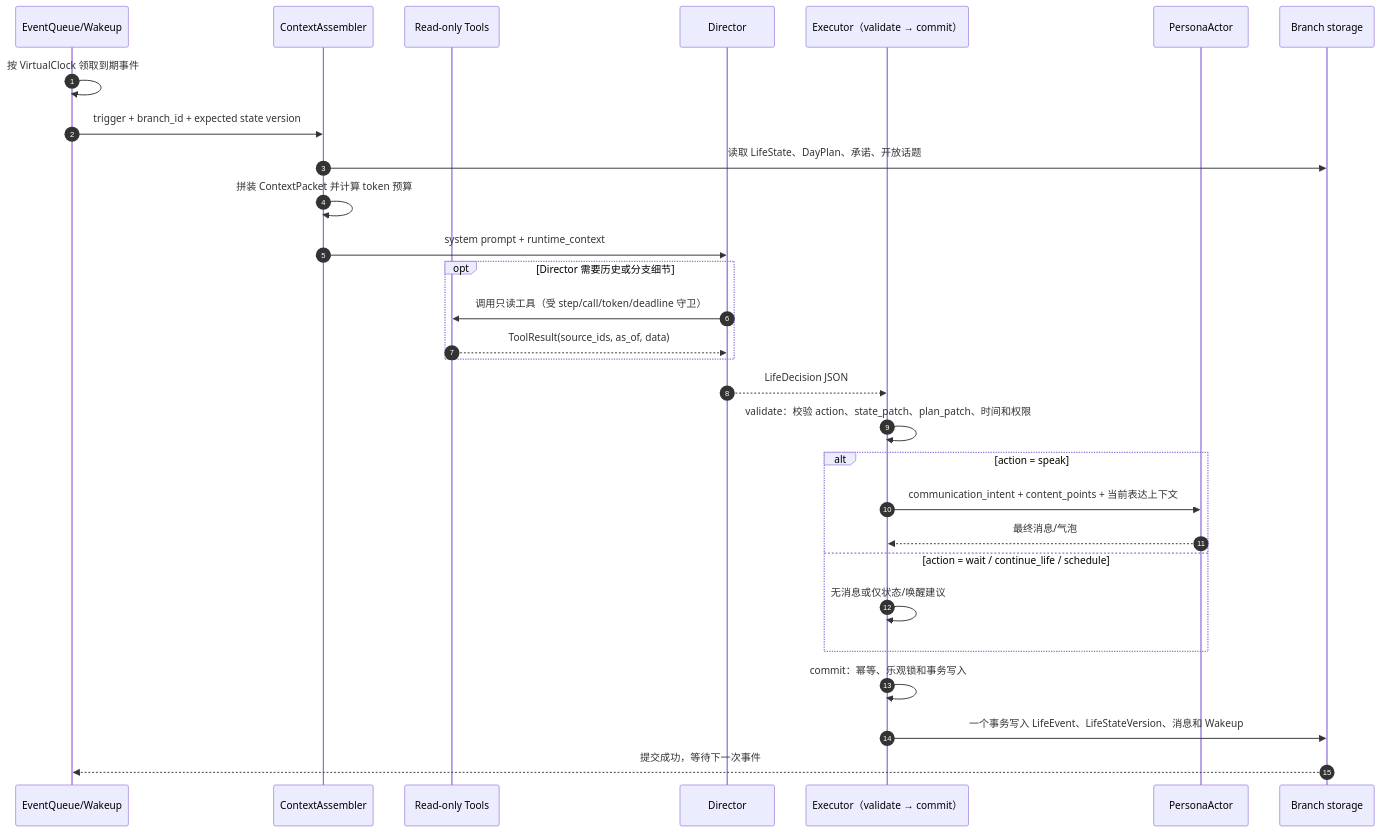
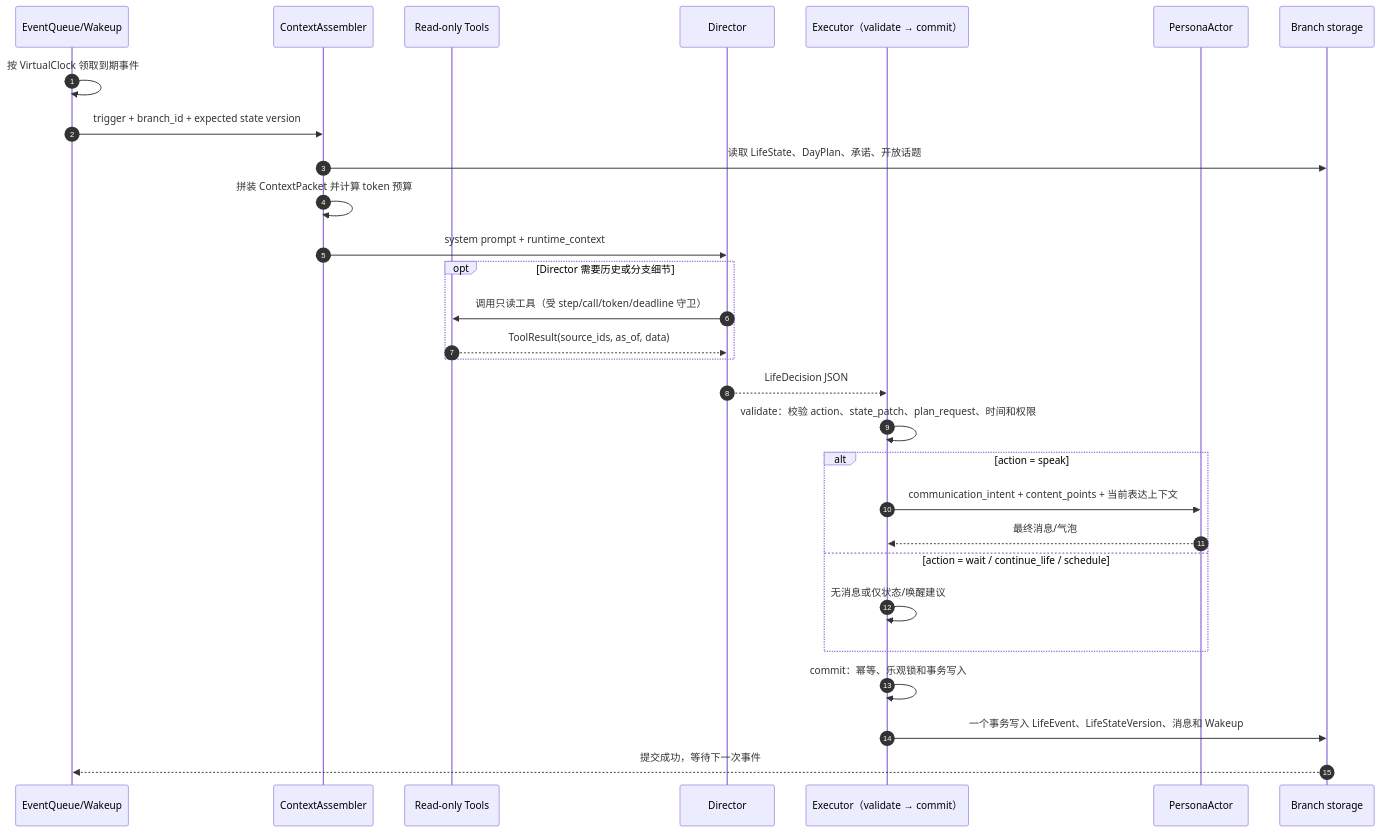
Before and after one commit to AMOS144/MoonlightBox: the second of 2 diagrams in docs/superpowers/specs/2026-09-04-agent-runtime-after-extraction-design.md, drawn with Mermaid. The commit also changed other lines of this file and 59 other files, not shown here.

````diff
--- a/docs/superpowers/specs/2026-09-04-agent-runtime-after-extraction-design.md
+++ b/docs/superpowers/specs/2026-09-04-agent-runtime-after-extraction-design.md
@@ -298,32 +305,32 @@
 ```mermaid
 sequenceDiagram
   autonumber
   participant Q as EventQueue/Wakeup
   participant C as ContextAssembler
   participant T as Read-only Tools
   participant D as Director
   participant E as Executor（validate → commit）
   participant A as PersonaActor
   participant DB as Branch storage
 
   Q->>Q: 按 VirtualClock 领取到期事件
   Q->>C: trigger + branch_id + expected state version
   C->>DB: 读取 LifeState、DayPlan、承诺、开放话题
   C->>C: 拼装 ContextPacket 并计算 token 预算
   C->>D: system prompt + runtime_context
   opt Director 需要历史或分支细节
     D->>T: 调用只读工具（受 step/call/token/deadline 守卫）
     T-->>D: ToolResult(source_ids, as_of, data)
   end
   D-->>E: LifeDecision JSON
-  E->>E: validate：校验 action、state_patch、plan_patch、时间和权限
+  E->>E: validate：校验 action、state_patch、plan_request、时间和权限
   alt action = speak
     E->>A: communication_intent + content_points + 当前表达上下文
     A-->>E: 最终消息/气泡
   else action = wait / continue_life / schedule
     E->>E: 无消息或仅状态/唤醒建议
   end
   E->>E: commit：幂等、乐观锁和事务写入
   E->>DB: 一个事务写入 LifeEvent、LifeStateVersion、消息和 Wakeup
   DB-->>Q: 提交成功，等待下一次事件
 ```
````
